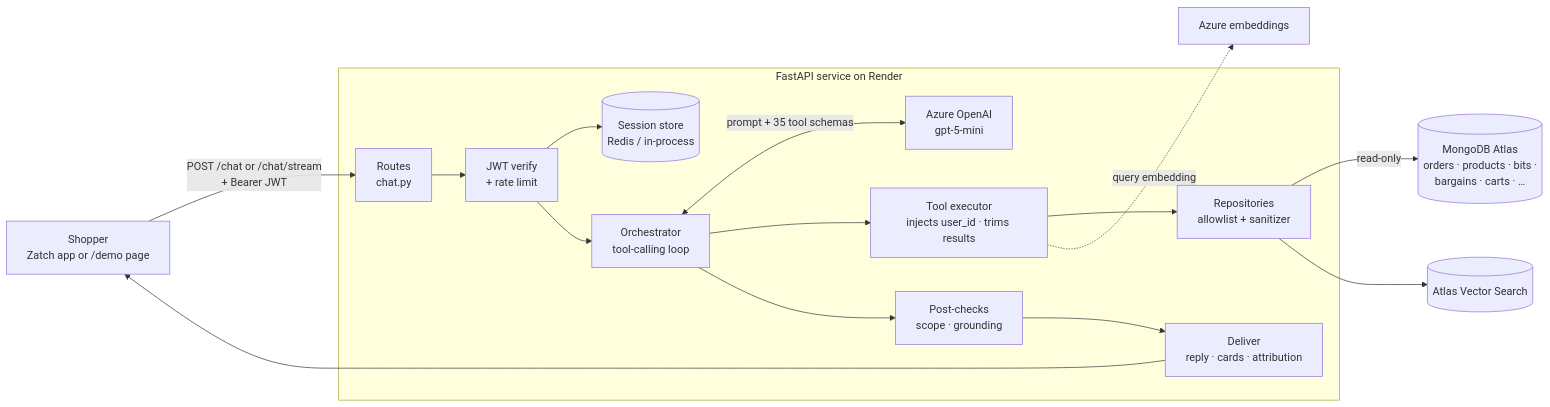
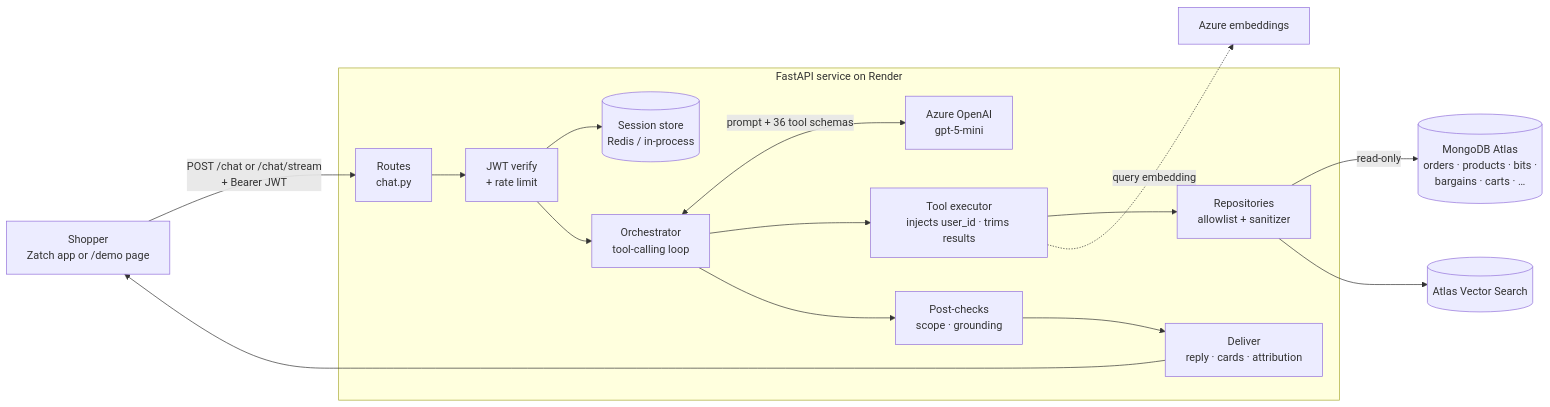
The diagram in docs/PROJECT_DOCUMENTATION.md (nishithaNsingh/Zatch-Unified-Conversational-AI-Assistant), drawn with Mermaid before and after one commit. The commit also changed other lines of this file and 13 other files, not shown here.

````diff
--- a/docs/PROJECT_DOCUMENTATION.md
+++ b/docs/PROJECT_DOCUMENTATION.md
@@ -88,21 +88,21 @@
 ```mermaid
 flowchart LR
     U[Shopper<br/>Zatch app or /demo page] -->|POST /chat or /chat/stream<br/>+ Bearer JWT| API
 
     subgraph Service[FastAPI service on Render]
         API[Routes<br/>chat.py] --> AUTH[JWT verify<br/>+ rate limit]
         AUTH --> SESS[(Session store<br/>Redis / in-process)]
         AUTH --> ORCH[Orchestrator<br/>tool-calling loop]
-        ORCH <-->|prompt + 35 tool schemas| LLM
+        ORCH <-->|prompt + 36 tool schemas| LLM
         ORCH --> EXEC[Tool executor<br/>injects user_id · trims results]
         EXEC --> REPOS[Repositories<br/>allowlist + sanitizer]
         ORCH --> GUARD[Post-checks<br/>scope · grounding]
         GUARD --> DELIVER[Deliver<br/>reply · cards · attribution]
     end
 
     LLM[Azure OpenAI<br/>gpt-5-mini]
     REPOS -->|read-only| DB[(MongoDB Atlas<br/>orders · products · bits ·<br/>bargains · carts · …)]
     REPOS --> VEC[(Atlas Vector Search)]
     EXEC -.->|query embedding| EMB[Azure embeddings]
     DELIVER --> U
 ```
````
